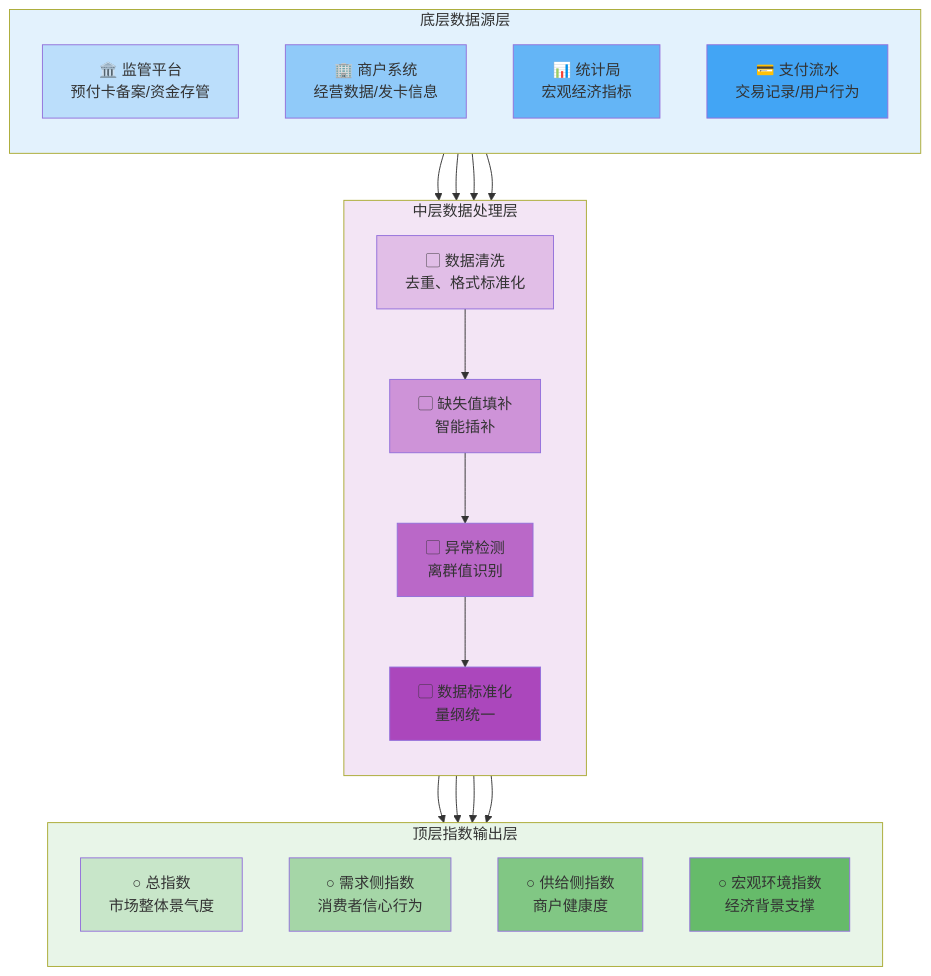
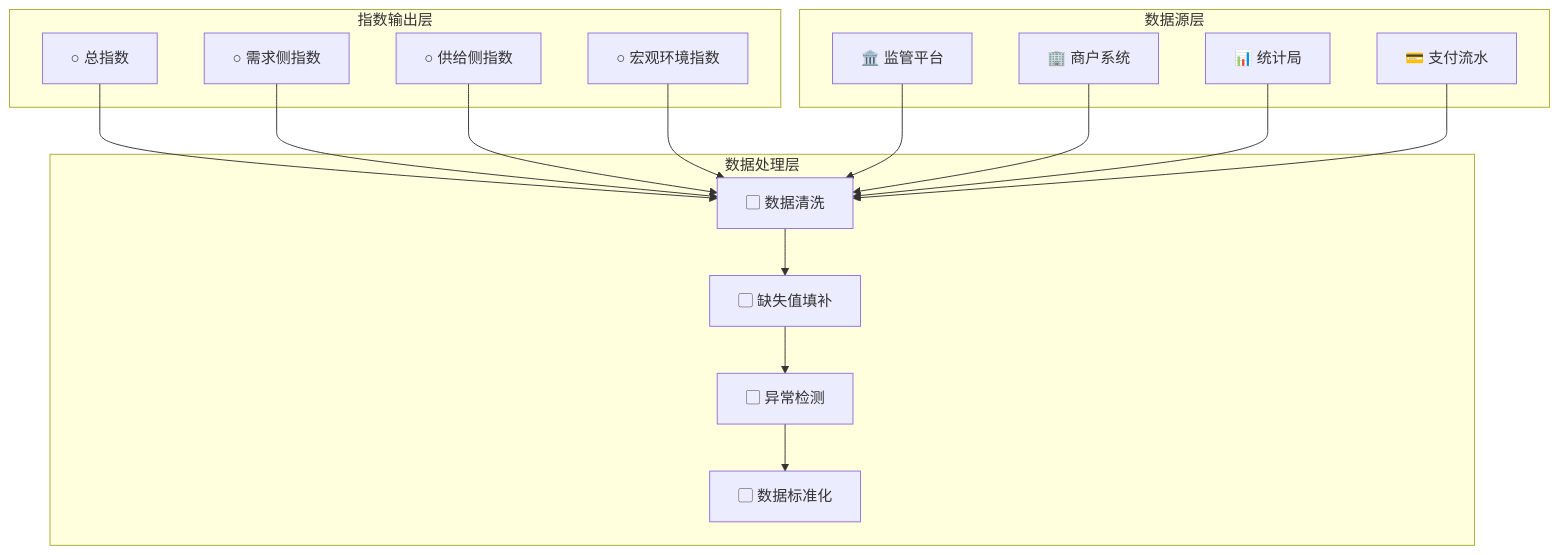
The diagram in all/未命名.md (Siruniverse2000/iodraw-files), drawn with Mermaid before and after one commit.

Commit message:
2025-11-22 16:01:34 update

````diff
--- a/all/未命名.md
+++ b/all/未命名.md
@@ -1,54 +1,33 @@
 ```mermaid
-flowchart TD
-    subgraph 底层数据源层
-        direction TB
-        A1[🏛️ 监管平台<br/>预付卡备案/资金存管]
-        A2[🏢 商户系统<br/>经营数据/发卡信息] 
-        A3[📊 统计局<br/>宏观经济指标]
-        A4[💳 支付流水<br/>交易记录/用户行为]
+graph TD
+    subgraph 顶层 [指数输出层]
+        A[○ 总指数]
+        B[○ 需求侧指数]
+        C[○ 供给侧指数]
+        D[○ 宏观环境指数]
     end
+    A --> E
+    B --> E
+    C --> E
+    D --> E
+    subgraph 中层 [数据处理层]
+        E[▢ 数据清洗]
+        F[▢ 缺失值填补]
+        G[▢ 异常检测]
+        H[▢ 数据标准化]
+    end
+    E --> F
+    F --> G
+    G --> H
+    subgraph 底层 [数据源层]
+        I[🏛️ 监管平台]
+        J[🏢 商户系统]
+        K[📊 统计局]
+        L[💳 支付流水]
+    end
+    I --> E
+    J --> E
+    K --> E
+    L --> E
 
-    subgraph 中层数据处理层
-        direction TB
-        B1[▢ 数据清洗<br/>去重、格式标准化]
-        B2[▢ 缺失值填补<br/>智能插补]
-        B3[▢ 异常检测<br/>离群值识别]
-        B4[▢ 数据标准化<br/>量纲统一]
-    end
-
-    subgraph 顶层指数输出层
-        direction TB
-        C1[○ 总指数<br/>市场整体景气度]
-        C2[○ 需求侧指数<br/>消费者信心行为]
-        C3[○ 供给侧指数<br/>商户健康度]
-        C4[○ 宏观环境指数<br/>经济背景支撑]
-    end
-
-    A1 --> B1
-    A2 --> B1
-    A3 --> B1
-    A4 --> B1
-    
-    B1 --> B2 --> B3 --> B4
-    
-    B4 --> C1
-    B4 --> C2
-    B4 --> C3
-    B4 --> C4
-
-    style 底层数据源层 fill:#e3f2fd
-    style 中层数据处理层 fill:#f3e5f5
-    style 顶层指数输出层 fill:#e8f5e8
-    style A1 fill:#bbdefb
-    style A2 fill:#90caf9
-    style A3 fill:#64b5f6
-    style A4 fill:#42a5f5
-    style B1 fill:#e1bee7
-    style B2 fill:#ce93d8
-    style B3 fill:#ba68c8
-    style B4 fill:#ab47bc
-    style C1 fill:#c8e6c9
-    style C2 fill:#a5d6a7
-    style C3 fill:#81c784
-    style C4 fill:#66bb6a
 ```
````
